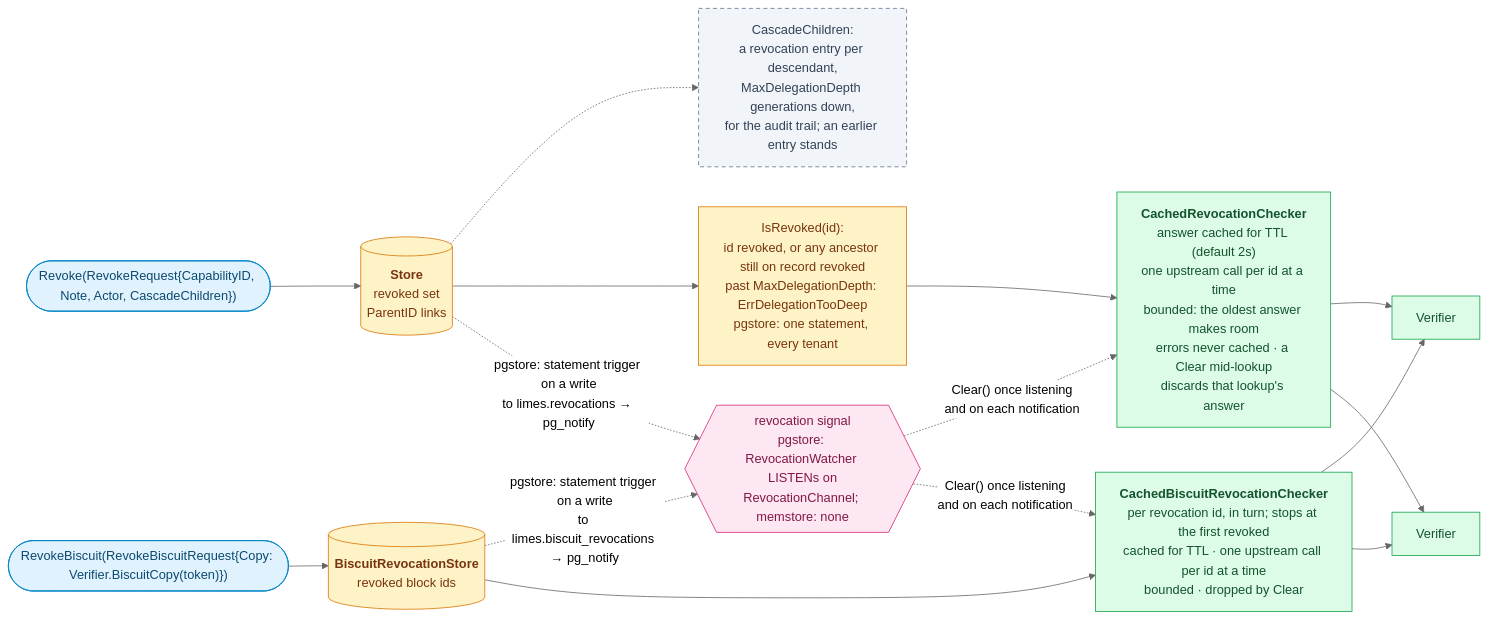
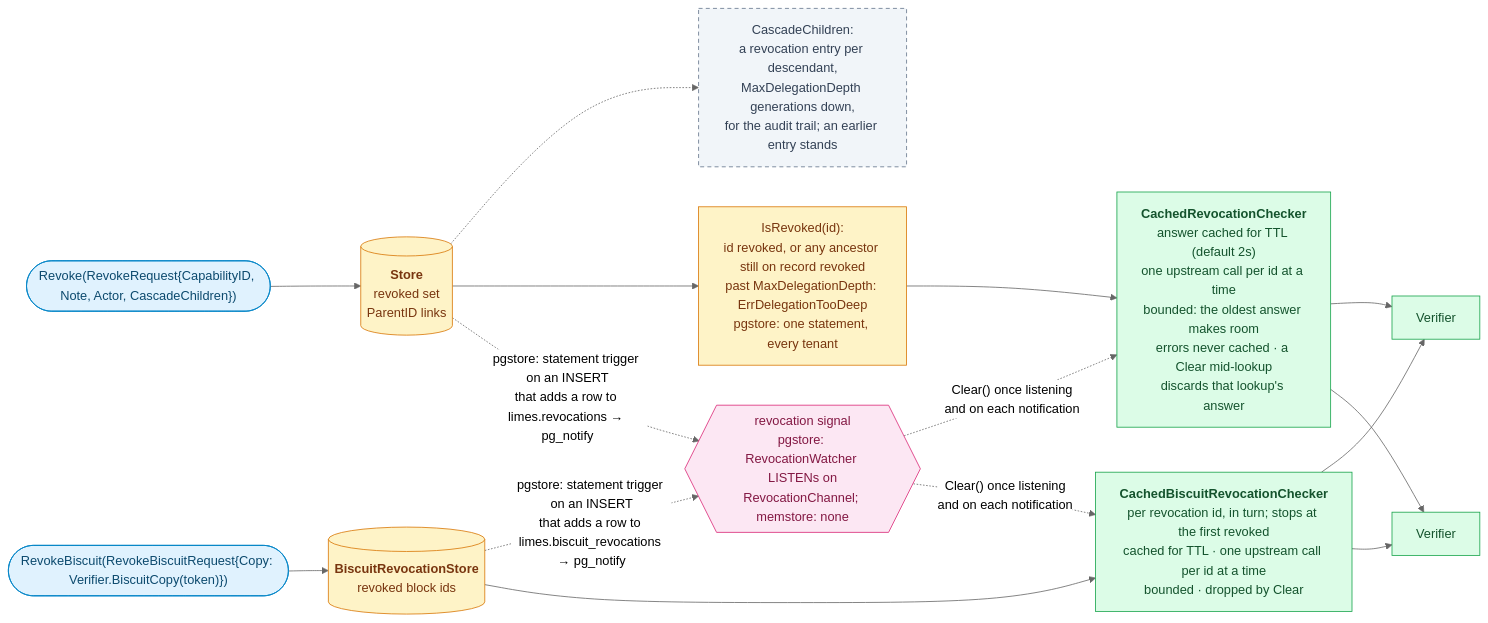
Before and after one commit to oleg-tkachuk/limes: diagram 11 of 13 in docs/diagrams.md, drawn with Mermaid (neutral theme). The commit also changed other lines of this file and 2 other files, not shown here.

First line of the commit message:
docs: correct the readme, guide and diagrams against the code

````diff
--- a/docs/diagrams.md
+++ b/docs/diagrams.md
@@ -812,38 +815,38 @@
 ```mermaid
 flowchart LR
     op(["Revoke(RevokeRequest{CapabilityID, Note, Actor, CascadeChildren})"])
     store[("<b>Store</b><br/>revoked set<br/>ParentID links")]
     cascade["CascadeChildren:<br/>a revocation entry per descendant,<br/>MaxDelegationDepth generations down,<br/>for the audit trail; an earlier entry stands"]
     chain["IsRevoked(id):<br/>id revoked, or any ancestor still on record revoked<br/>past MaxDelegationDepth: ErrDelegationTooDeep<br/>pgstore: one statement, every tenant"]
     cache["<b>CachedRevocationChecker</b><br/>answer cached for TTL (default 2s)<br/>one upstream call per id at a time<br/>bounded: the oldest answer makes room<br/>errors never cached · a Clear mid-lookup<br/>discards that lookup's answer"]
     notify{{"revocation signal<br/>pgstore: RevocationWatcher LISTENs on<br/>RevocationChannel; memstore: none"}}
     bop(["RevokeBiscuit(RevokeBiscuitRequest{Copy: Verifier.BiscuitCopy(token)})"])
     blist[("<b>BiscuitRevocationStore</b><br/>revoked block ids")]
     bcache["<b>CachedBiscuitRevocationChecker</b><br/>per revocation id, in turn; stops at the first revoked<br/>cached for TTL · one upstream call per id at a time<br/>bounded · dropped by Clear"]
     v1["Verifier"]
     v2["Verifier"]
 
     op --> store
     store -.-> cascade
     store --> chain --> cache
     cache --> v1
     cache --> v2
-    store -. "pgstore: statement trigger on a write<br/>to limes.revocations → pg_notify" .-> notify
-    blist -. "pgstore: statement trigger on a write<br/>to limes.biscuit_revocations → pg_notify" .-> notify
+    store -. "pgstore: statement trigger on an INSERT<br/>that adds a row to limes.revocations → pg_notify" .-> notify
+    blist -. "pgstore: statement trigger on an INSERT<br/>that adds a row to limes.biscuit_revocations → pg_notify" .-> notify
     notify -. "Clear() once listening<br/>and on each notification" .-> cache
     bop --> blist --> bcache
     bcache --> v1
     bcache --> v2
     notify -. "Clear() once listening<br/>and on each notification" .-> bcache
 
     classDef client fill:#E0F2FE,stroke:#0284C7,color:#0C4A6E
     classDef role fill:#DCFCE7,stroke:#16A34A,color:#14532D
     classDef optional fill:#F1F5F9,stroke:#64748B,color:#334155,stroke-dasharray:5 4
     classDef store fill:#FEF3C7,stroke:#D97706,color:#78350F
     classDef external fill:#FCE7F3,stroke:#DB2777,color:#831843
     class op,bop client
     class v1,v2,cache,bcache role
     class cascade optional
     class store,chain,blist store
     class notify external
 ```
````
